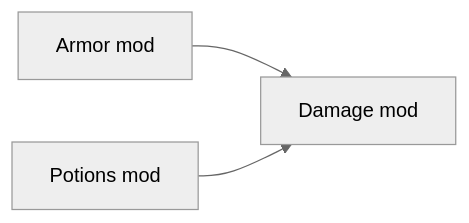
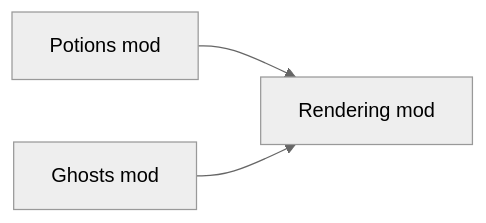
Before and after one commit to UntitledModGame/UntitledModGame.github.io: the first of 2 diagrams in blog/DELS.md, drawn with Mermaid (neutral theme). The commit also changed other lines of this file, not shown here.

````diff
--- a/blog/DELS.md
+++ b/blog/DELS.md
@@ -37,8 +41,8 @@
 ```mermaid
 flowchart LR
-    Damage[Damage mod]
+    Rendering[Rendering mod]
     Potions[Potions mod]
-    Armor[Armor mod]
-    Armor --> Damage
-    Potions --> Damage
+    Ghosts[Ghosts mod]
+    Potions --> Rendering
+    Ghosts --> Rendering
 ```
````
